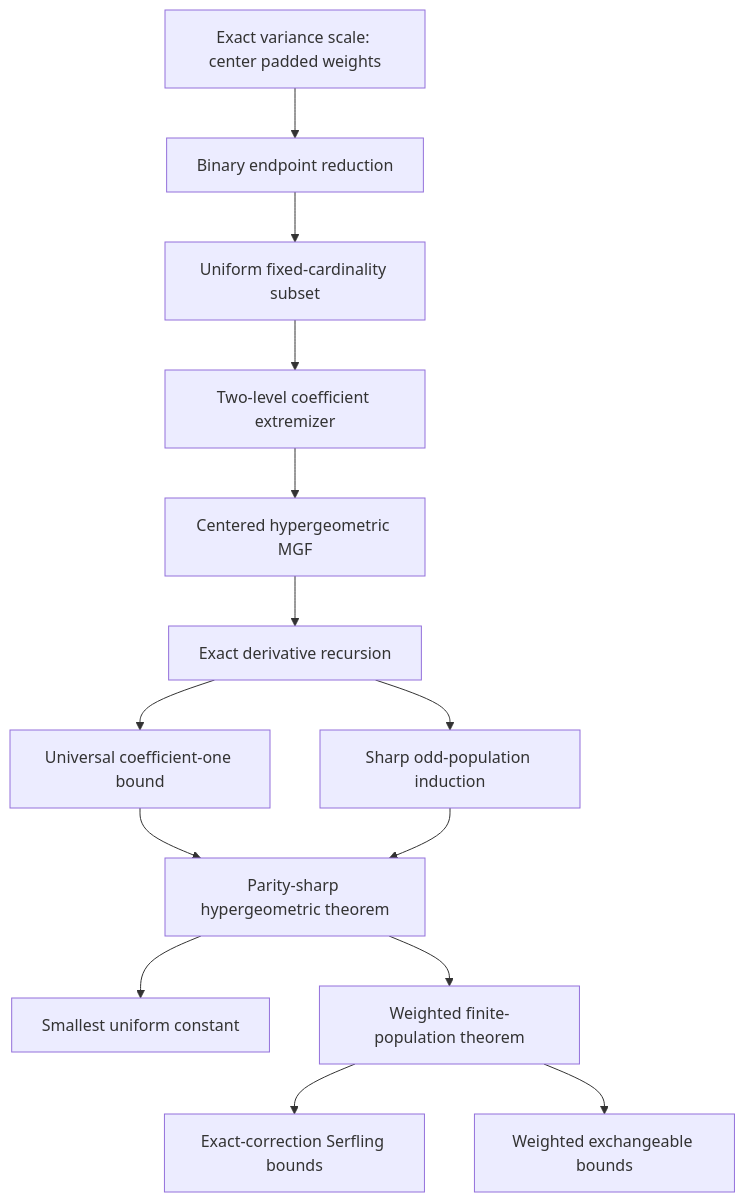
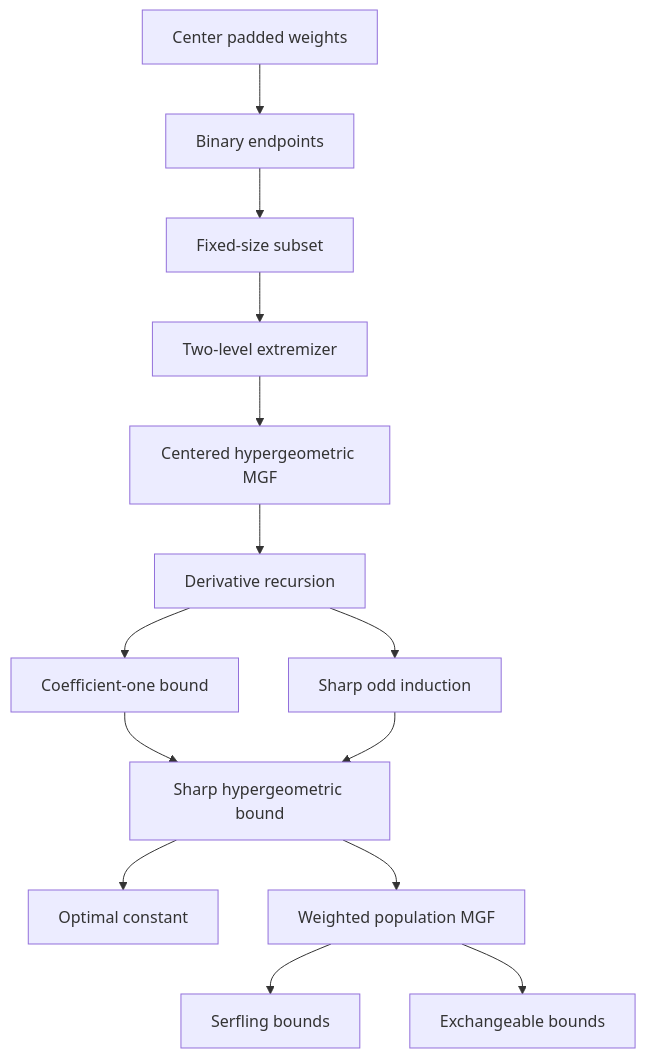
The diagram in README.md (statchan1106/sharp-serfling-lean), drawn with Mermaid before and after one commit. The commit also changed other lines of this file, not shown here.

Commit message:
Polish GitHub proof diagram

````diff
--- a/README.md
+++ b/README.md
@@ -103,16 +103,16 @@
 ```mermaid
 flowchart TD
-    A[Exact variance scale: center padded weights] --> B[Binary endpoint reduction]
-    B --> C[Uniform fixed-cardinality subset]
-    C --> D[Two-level coefficient extremizer]
+    A[Center padded weights] --> B[Binary endpoints]
+    B --> C[Fixed-size subset]
+    C --> D[Two-level extremizer]
     D --> E[Centered hypergeometric MGF]
-    E --> F[Exact derivative recursion]
-    F --> G[Universal coefficient-one bound]
-    F --> H[Sharp odd-population induction]
-    G --> I[Parity-sharp hypergeometric theorem]
+    E --> F[Derivative recursion]
+    F --> G[Coefficient-one bound]
+    F --> H[Sharp odd induction]
+    G --> I[Sharp hypergeometric bound]
     H --> I
-    I --> J[Smallest uniform constant]
-    I --> K[Weighted finite-population theorem]
-    K --> L[Exact-correction Serfling bounds]
-    K --> M[Weighted exchangeable bounds]
+    I --> J[Optimal constant]
+    I --> K[Weighted population MGF]
+    K --> L[Serfling bounds]
+    K --> M[Exchangeable bounds]
 ```
````
